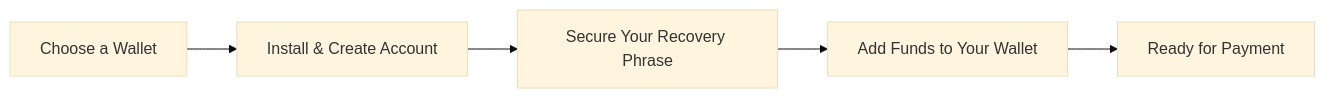
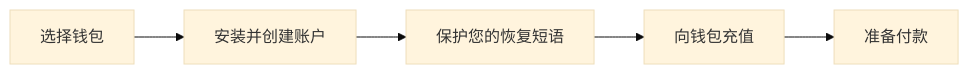
One commit to forwardemail/forwardemail.net changed the third of 3 diagrams in app/views/docs/crypto-payments-privacy-email-service/index-zh.md. Above: the diagram before and after it, drawn with Mermaid (base theme). The commit also changed other lines of this file and 1055 other files, not shown here.

````diff
--- a/app/views/docs/crypto-payments-privacy-email-service/index-zh.md
+++ b/app/views/docs/crypto-payments-privacy-email-service/index-zh.md
@@ -95,7 +99,7 @@
 ```mermaid
 flowchart LR
-    A[Choose a Wallet] --> B[Install & Create Account]
-    B --> C[Secure Your Recovery Phrase]
-    C --> D[Add Funds to Your Wallet]
-    D --> E[Ready for Payment]
+    A[选择钱包] --> B[安装并创建账户]
+    B --> C[保护您的恢复短语]
+    C --> D[向钱包充值]
+    D --> E[准备付款]
 ```
````
